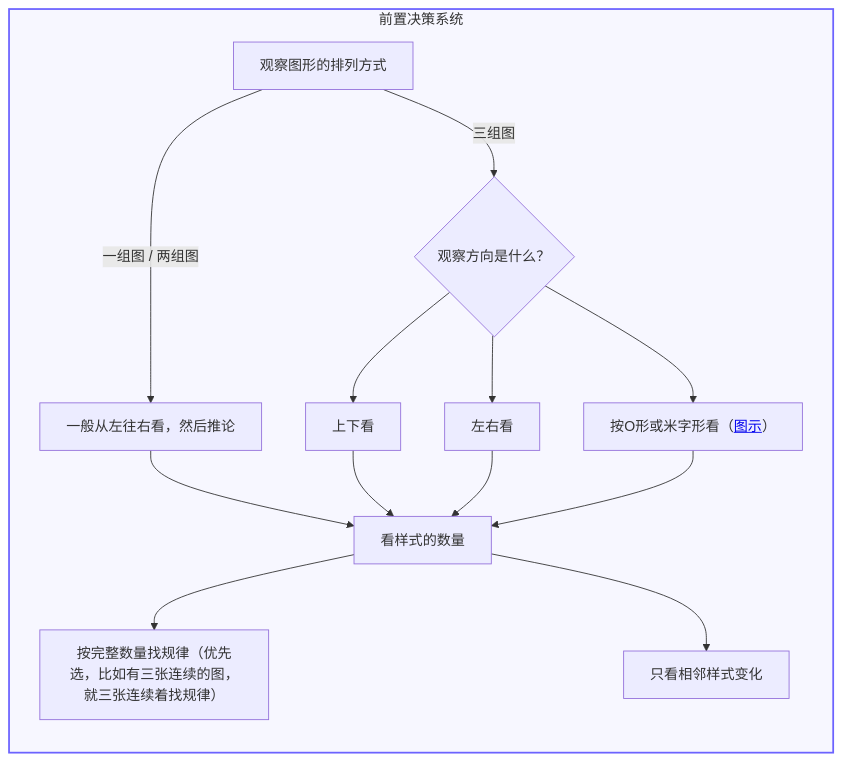
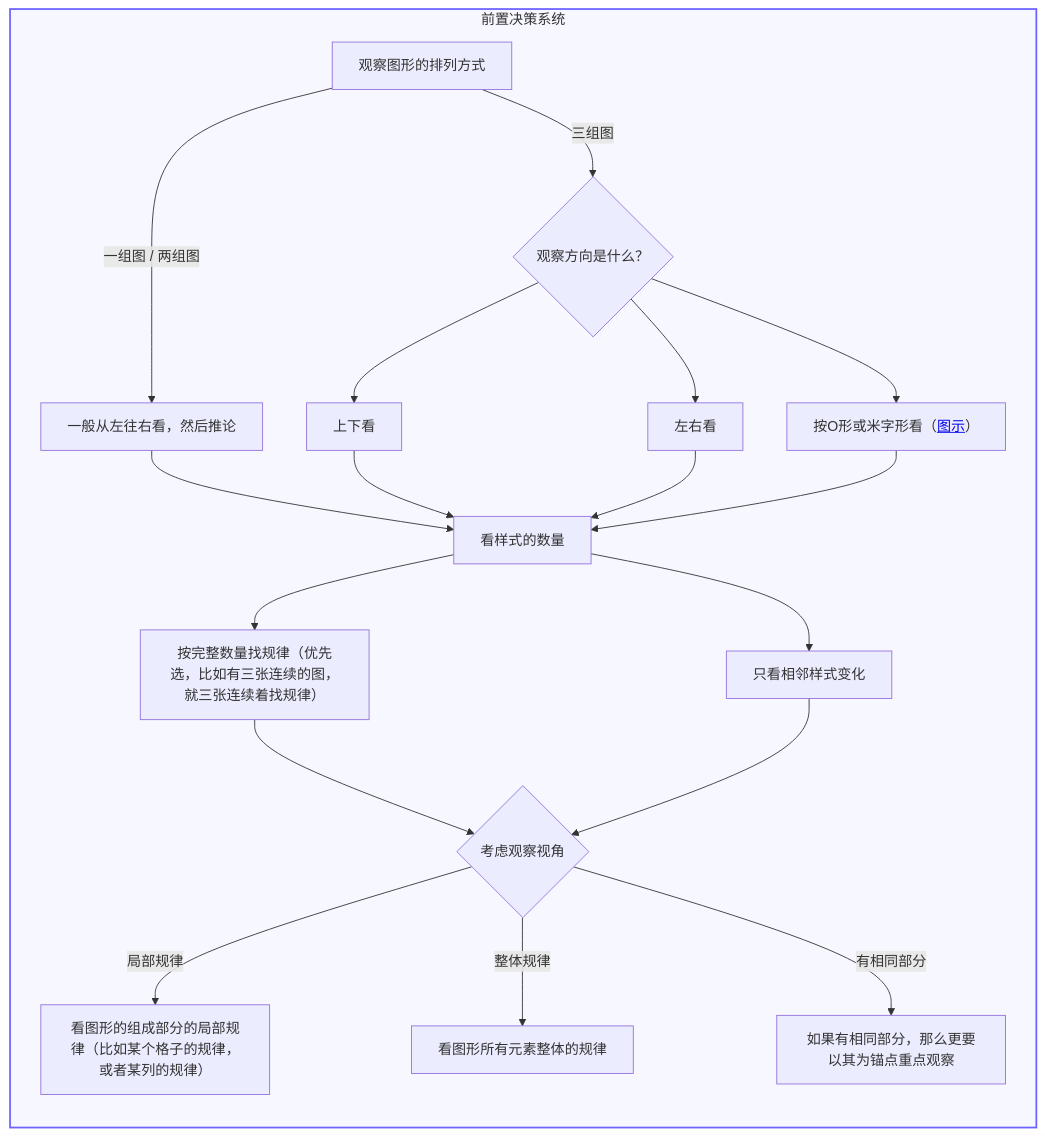
Before and after one commit to Qortired/Qortired.github.io: the diagram in mermaid/decision-systems/pre-decision-system.md, drawn with Mermaid. The commit also changed 4 other files, not shown here.

````diff
--- a/mermaid/decision-systems/pre-decision-system.md
+++ b/mermaid/decision-systems/pre-decision-system.md
@@ -1,23 +1,29 @@
 ```mermaid
 graph TD
     subgraph PRE["前置决策系统"]
         direction TB
         C["观察图形的排列方式"]
         C -->|一组图 / 两组图| D["一般从左往右看，然后推论"]
         C -->|三组图| E{"观察方向是什么？"}
 
         E --> F["上下看"]
         E --> G["左右看"]
-        E --> H["按O形或米字形看（<a href='images/figure-reasoning-paths.png'>图示</a>）"]
+        E --> H["按O形或米字形看（<a href='../images/figure-reasoning-paths.png'>图示</a>）"]
 
         D --> J["看样式的数量"]
         F --> J
         G --> J
         H --> J
 
         J --> M["按完整数量找规律（优先选，比如有三张连续的图，就三张连续着找规律）"]
         J --> N["只看相邻样式变化"]
+
+        M --> O{"考虑观察视角"}
+        N --> O
+        O -->|局部规律| O1["看图形的组成部分的局部规律（比如某个格子的规律，或者某列的规律）"]
+        O -->|整体规律| O2["看图形所有元素整体的规律"]
+        O -->|有相同部分| O3["如果有相同部分，那么更要以其为锚点重点观察"]
     end
 
     style PRE fill:#f7f7ff,stroke:#6c63ff,stroke-width:2px
 ```
````
